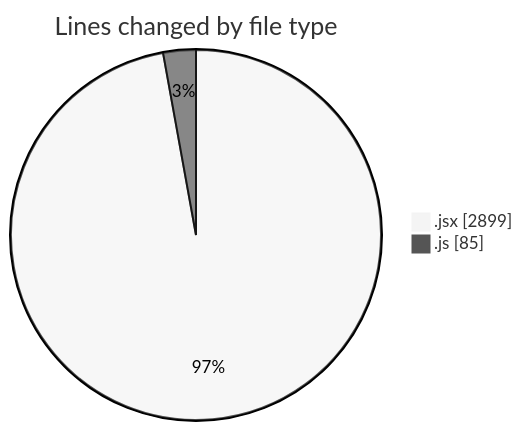
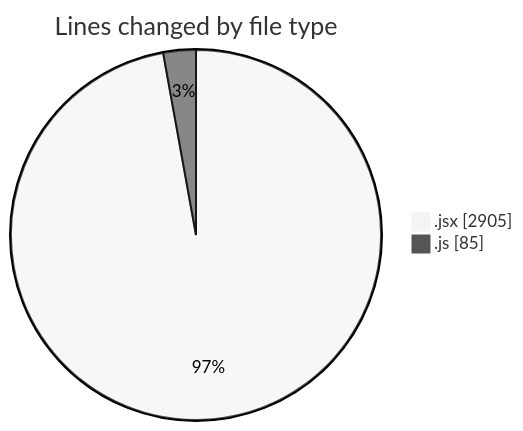
One commit to nxtqubesakshisongat/code-tracking changed the first of 2 diagrams in 2025-06-21/nxtqube_webapp/README.md. Above: the diagram before and after it, drawn with Mermaid (neutral theme). The commit also changed other lines of this file and 1 other file, not shown here.

````diff
--- a/2025-06-21/nxtqube_webapp/README.md
+++ b/2025-06-21/nxtqube_webapp/README.md
@@ -23,6 +23,6 @@
 ```mermaid
 pie showData
 title Lines changed by file type
-".jsx" : 2899
+".jsx" : 2905
 ".js" : 85
 ```
````
